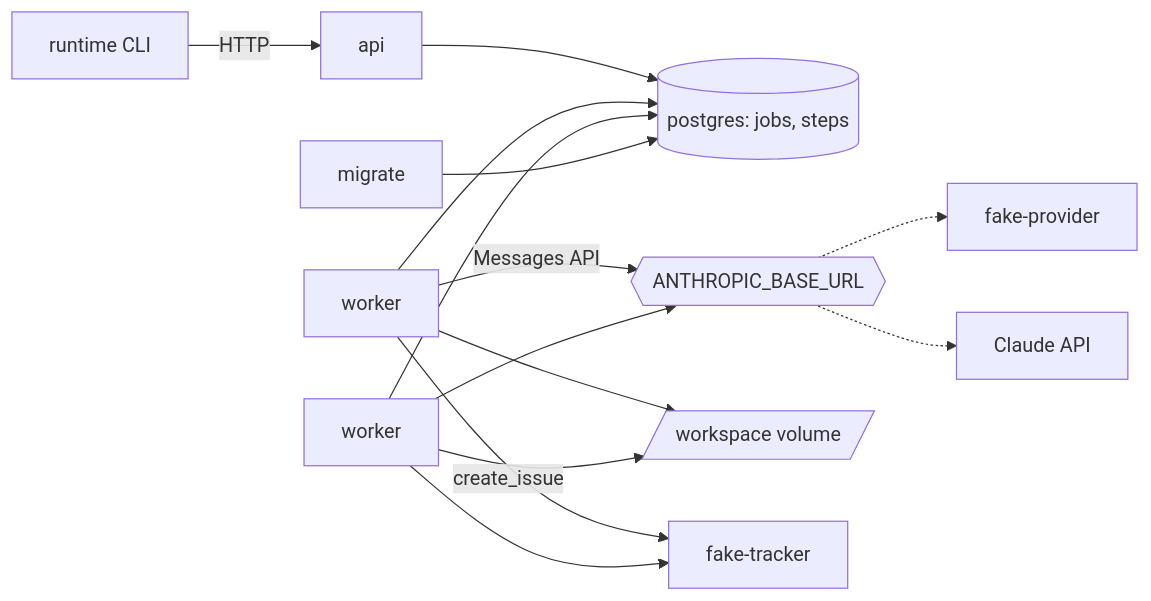
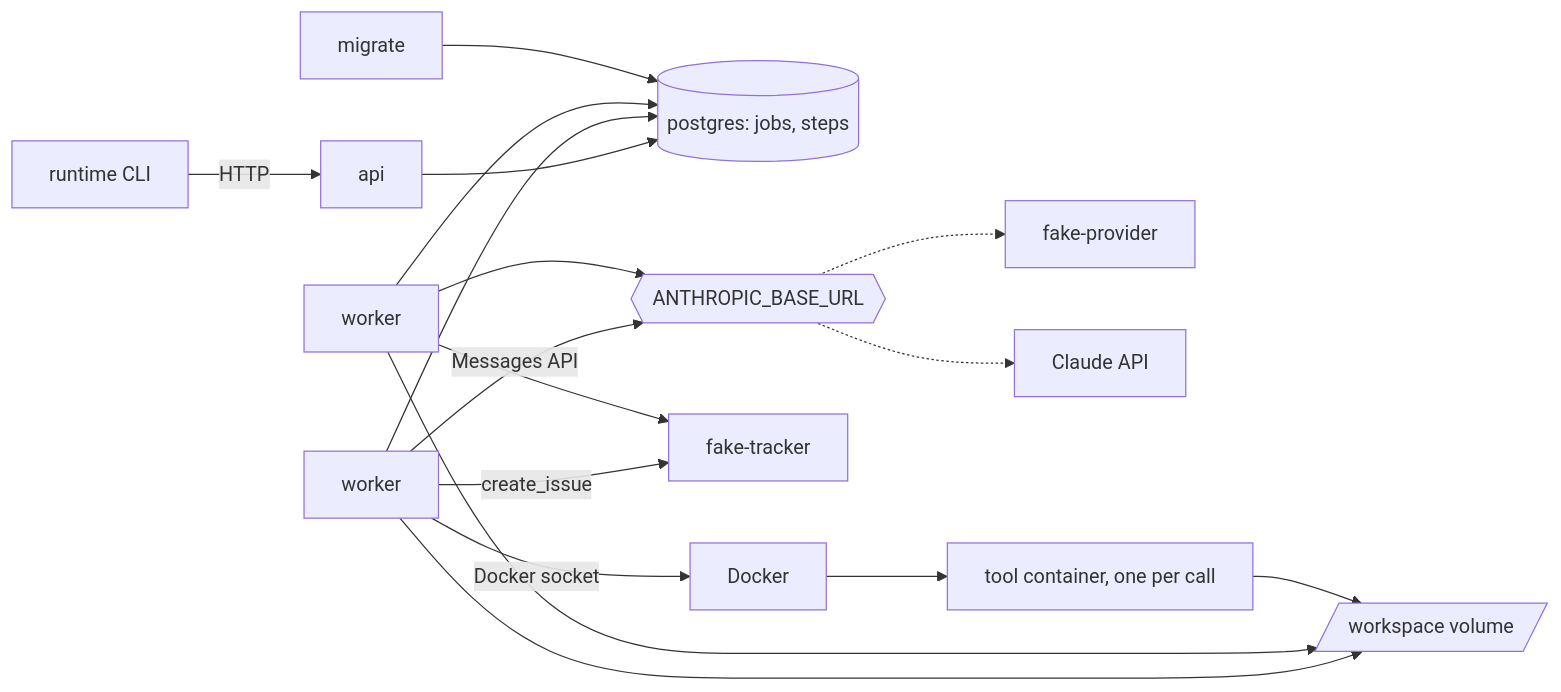
The first of 3 diagrams in docs/architecture.md (sindredg/agent-runtime), drawn with Mermaid before and after one commit. The commit also changed other lines of this file and 30 other files, not shown here.

First line of the commit message:
feat: run run_shell and list_dir in a container per call (#30)

````diff
--- a/docs/architecture.md
+++ b/docs/architecture.md
@@ -9,16 +9,19 @@
 ```mermaid
 flowchart LR
     CLI[runtime CLI] -->|HTTP| API[api]
     API --> DB[(postgres: jobs, steps)]
     W1[worker] --> DB
     W2[worker] --> DB
     W1 -->|Messages API| P{{ANTHROPIC_BASE_URL}}
     W2 --> P
     P -.-> FP[fake-provider]
     P -.-> CL[Claude API]
     W1 --> WS[/workspace volume/]
     W2 --> WS
     W1 -->|create_issue| T[fake-tracker]
     W2 --> T
+    W1 -->|Docker socket| D[Docker]
+    D --> C[tool container, one per call]
+    C --> WS
     M[migrate] --> DB
 ```
````
